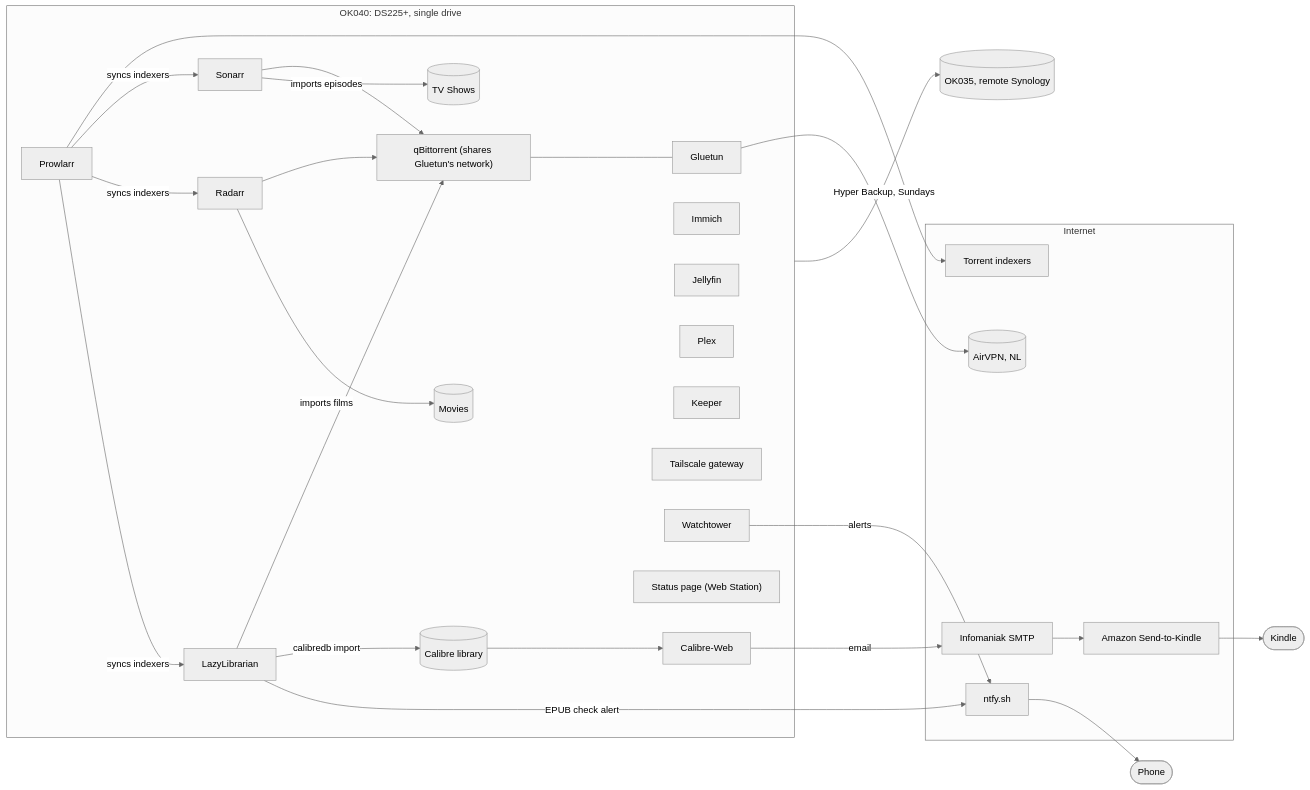
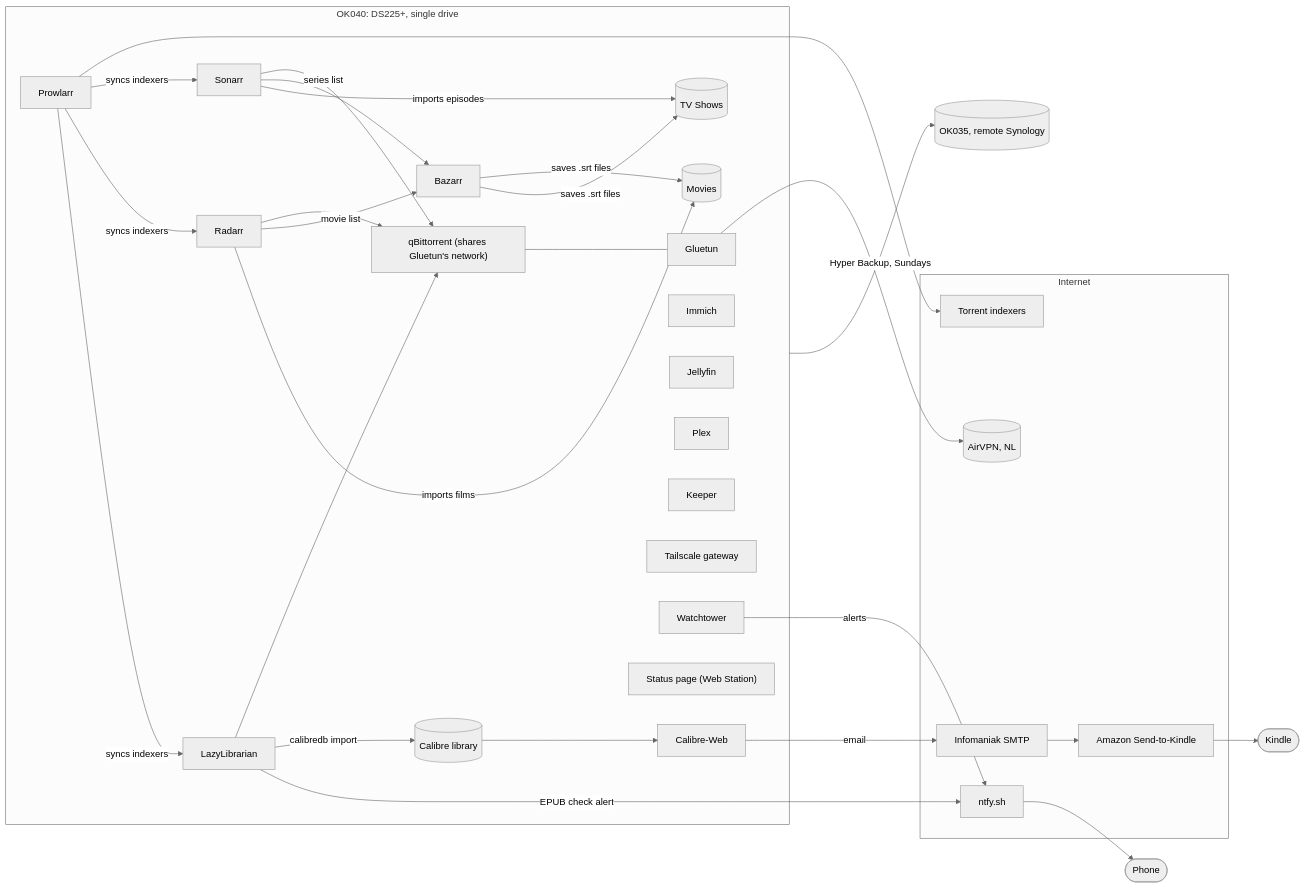
Before and after one commit to okkie2/infrastructure: the diagram in README.md, drawn with Mermaid (neutral theme). The commit also changed other lines of this file and 8 other files, not shown here.

````diff
--- a/README.md
+++ b/README.md
@@ -9,36 +9,40 @@
 ```mermaid
 flowchart LR
   subgraph Internet
     AirVPN[("AirVPN, NL")]
     Indexers["Torrent indexers"]
     Infomaniak["Infomaniak SMTP"]
     Amazon["Amazon Send-to-Kindle"]
     Ntfy["ntfy.sh"]
   end
   subgraph OK040["OK040: DS225+, single drive"]
     Gluetun --> AirVPN
     qBit["qBittorrent (shares Gluetun's network)"] --- Gluetun
     Prowlarr --> Indexers
     Prowlarr -->|syncs indexers| Sonarr
     Prowlarr -->|syncs indexers| Radarr
     Prowlarr -->|syncs indexers| LL["LazyLibrarian"]
     Sonarr --> qBit
     Radarr --> qBit
+    Radarr -->|movie list| Bazarr
+    Sonarr -->|series list| Bazarr
     LL --> qBit
     LL -->|calibredb import| Lib[("Calibre library")]
     Lib --> CW["Calibre-Web"]
     Sonarr -->|imports episodes| TV[("TV Shows")]
     Radarr -->|imports films| Movies[("Movies")]
+    Bazarr -->|saves .srt files| Movies
+    Bazarr -->|saves .srt files| TV
     Immich
     Jellyfin
     Plex
     Keeper
     TS["Tailscale gateway"]
     WT["Watchtower"] -->|alerts| Ntfy
     LL -->|EPUB check alert| Ntfy
     Status["Status page (Web Station)"]
   end
   CW -->|email| Infomaniak --> Amazon --> Kindle(["Kindle"])
   Ntfy --> Phone(["Phone"])
   OK040 -->|Hyper Backup, Sundays| OK035[("OK035, remote Synology")]
 ```
````
